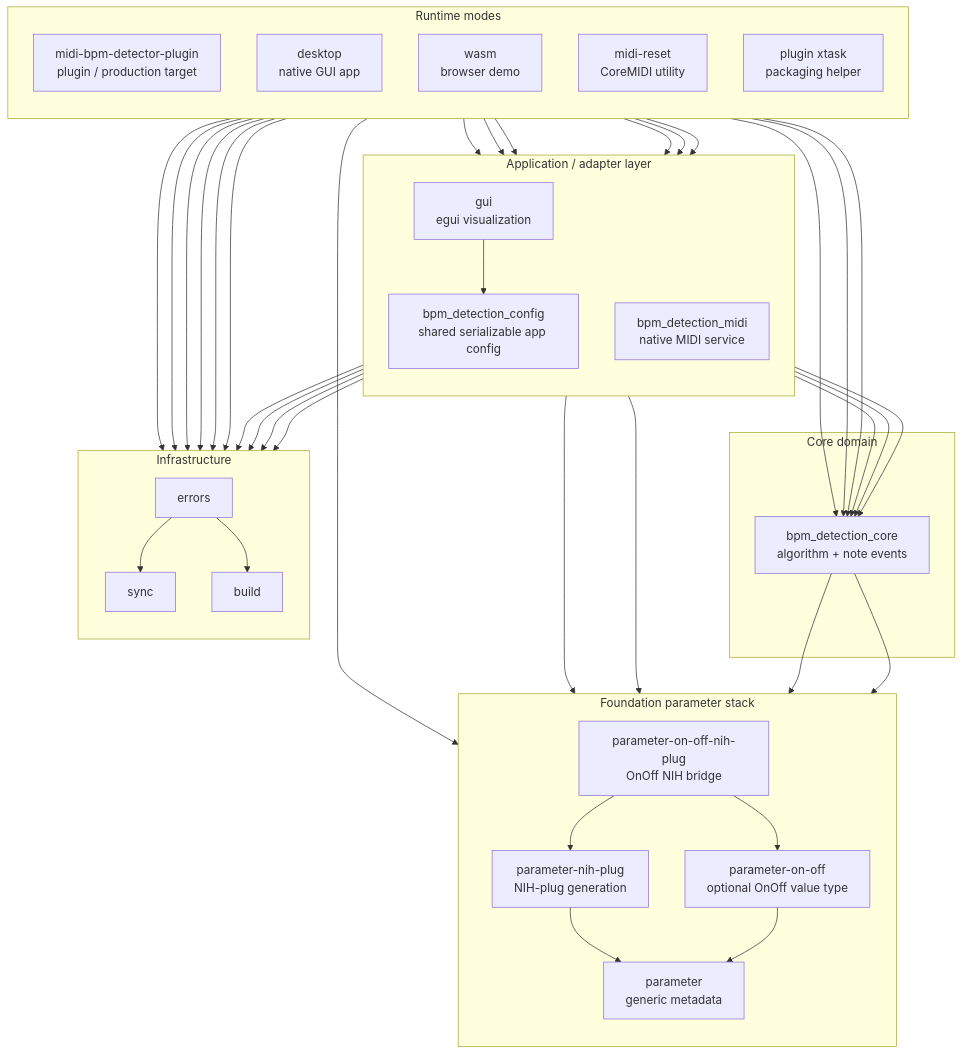
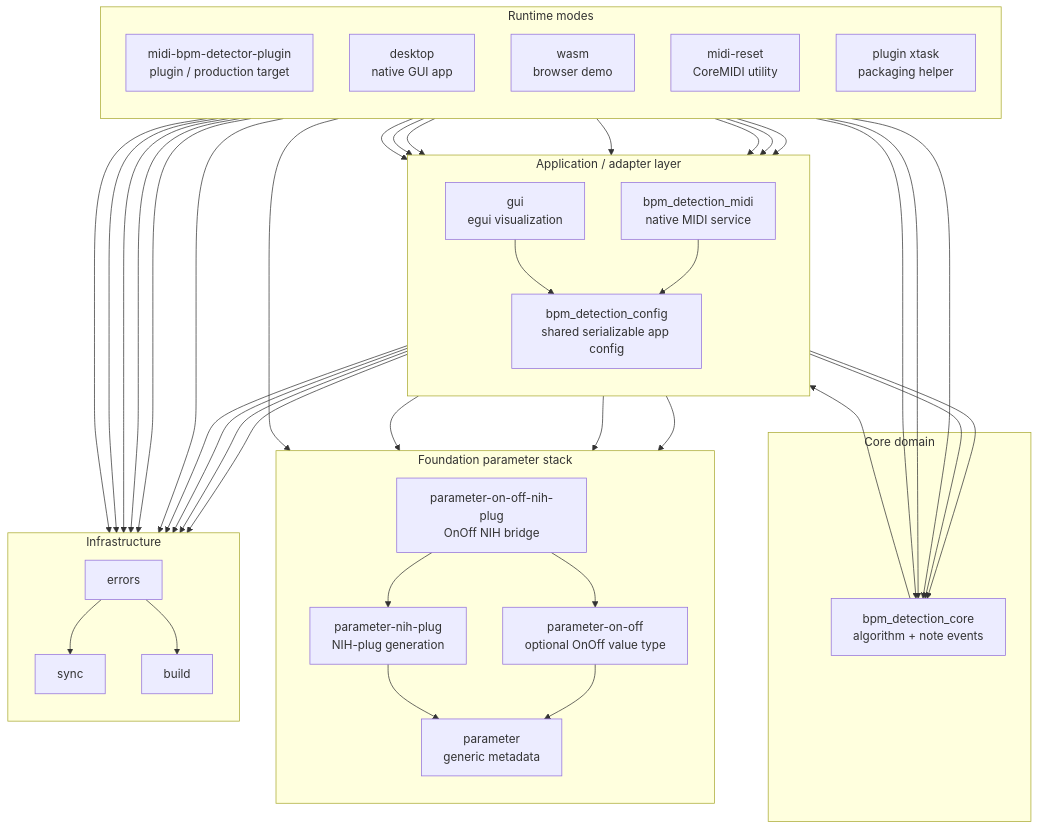
One commit to valsteen/midi_bpm_detection changed the diagram in rust/architecture.md. Above: the diagram before and after it, drawn with Mermaid. The commit also changed other lines of this file and 31 other files, not shown here.

Commit message:
Move BPM parameter configs into config crate

````diff
--- a/rust/architecture.md
+++ b/rust/architecture.md
@@ -24,72 +24,73 @@
 ```mermaid
 flowchart TD
   subgraph modes["Runtime modes"]
     direction TB
     plugin["midi-bpm-detector-plugin<br/>plugin / production target"]
     desktop["desktop<br/>native GUI app"]
     wasm["wasm<br/>browser demo"]
     midi_reset["midi-reset<br/>CoreMIDI utility"]
     xtask["plugin xtask<br/>packaging helper"]
   end
 
   subgraph adapters["Application / adapter layer"]
     direction TB
     gui["gui<br/>egui visualization"]
     config["bpm_detection_config<br/>shared serializable app config"]
     midi["bpm_detection_midi<br/>native MIDI service"]
   end
 
   subgraph domain["Core domain"]
     core["bpm_detection_core<br/>algorithm + note events"]
   end
 
   subgraph foundation["Foundation parameter stack"]
     direction TB
     parameter_on_off_nih["parameter-on-off-nih-plug<br/>OnOff NIH bridge"]
     parameter_nih["parameter-nih-plug<br/>NIH-plug generation"]
     parameter_on_off["parameter-on-off<br/>optional OnOff value type"]
     parameter["parameter<br/>generic metadata"]
   end
 
   subgraph infra["Infrastructure"]
     direction TB
     errors["errors"]
     sync["sync"]
     build["build"]
   end
 
   plugin --> gui
+  plugin --> config
   plugin --> core
   plugin --> parameter_on_off_nih
   plugin --> errors
   plugin --> sync
   desktop --> gui
   desktop --> config
   desktop --> midi
   desktop --> core
   desktop --> errors
   desktop --> sync
   desktop --> build
   wasm --> gui
   wasm --> config
   wasm --> core
   wasm --> errors
   gui --> core
   gui --> config
   gui --> parameter_on_off
   gui --> errors
-  config --> core
   config --> parameter
+  config --> parameter_on_off
   midi --> core
+  midi --> config
   midi --> errors
   midi --> sync
   midi --> build
-  core --> parameter_on_off
-  core --> parameter
+  core --> config
   parameter_on_off_nih --> parameter_on_off
   parameter_on_off_nih --> parameter_nih
   parameter_nih --> parameter
   parameter_on_off --> parameter
   errors --> sync
   errors --> build
 ```
````
